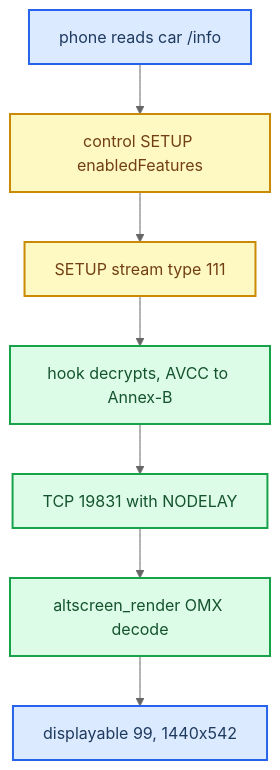
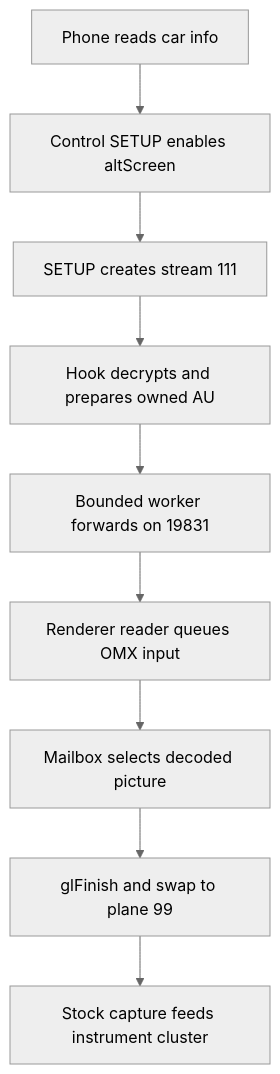
The diagram in docs/altscreen-and-video/README.md (luka-dev/mib2q-carplay-rgi), drawn with Mermaid (neutral theme) before and after one commit. The commit also changed other lines of this file and 71 other files, not shown here.

First line of the commit message:
feat(altscreen): bound video pacing and prioritize input commands

````diff
--- a/docs/altscreen-and-video/README.md
+++ b/docs/altscreen-and-video/README.md
@@ -15,24 +21,14 @@
 ```mermaid
 flowchart TB
-  accTitle: AltScreen cluster video delivery path
-  accDescr: The phone reads the car info and negotiates altScreen in the control SETUP, sets up stream 111, the hook forwards Annex-B over TCP 19831 to altscreen_render, which OMX-decodes and draws to cluster displayable 99.
-  info["phone reads car /info"]
-  gate["control SETUP enabledFeatures"]
-  setup["SETUP stream type 111"]
-  hook["hook decrypts, AVCC to Annex-B"]
-  tcp["TCP 19831 with NODELAY"]
-  render["altscreen_render OMX decode"]
-  panel["displayable 99, 1440x542"]
-  info --> gate
-  gate --> setup
-  setup --> hook
-  hook --> tcp
-  tcp --> render
-  render --> panel
-  classDef primary fill:#dbeafe,stroke:#2563eb,stroke-width:2px,color:#1e3a5f
-  classDef success fill:#dcfce7,stroke:#16a34a,stroke-width:2px,color:#14532d
-  classDef warning fill:#fef9c3,stroke:#ca8a04,stroke-width:2px,color:#713f12
-  class info,panel primary
-  class gate,setup warning
-  class hook,tcp,render success
+    accTitle: AltScreen activation and delivery overview
+    accDescr: The phone negotiates stream 111, the hook transfers owned frames through a bounded worker queue, and the renderer decodes and selects mailbox pictures before the stock cluster capture.
+
+    read_info["Phone reads car info"] --> negotiate_alt["Control SETUP enables altScreen"]
+    negotiate_alt --> setup_stream["SETUP creates stream 111"]
+    setup_stream --> prepare_frame["Hook decrypts and prepares owned AU"]
+    prepare_frame --> forward_frame["Bounded worker forwards on 19831"]
+    forward_frame --> decode_frame["Renderer reader queues OMX input"]
+    decode_frame --> select_picture["Mailbox selects decoded picture"]
+    select_picture --> present_picture["glFinish and swap to plane 99"]
+    present_picture --> capture_plane["Stock capture feeds instrument cluster"]
 ```
````
